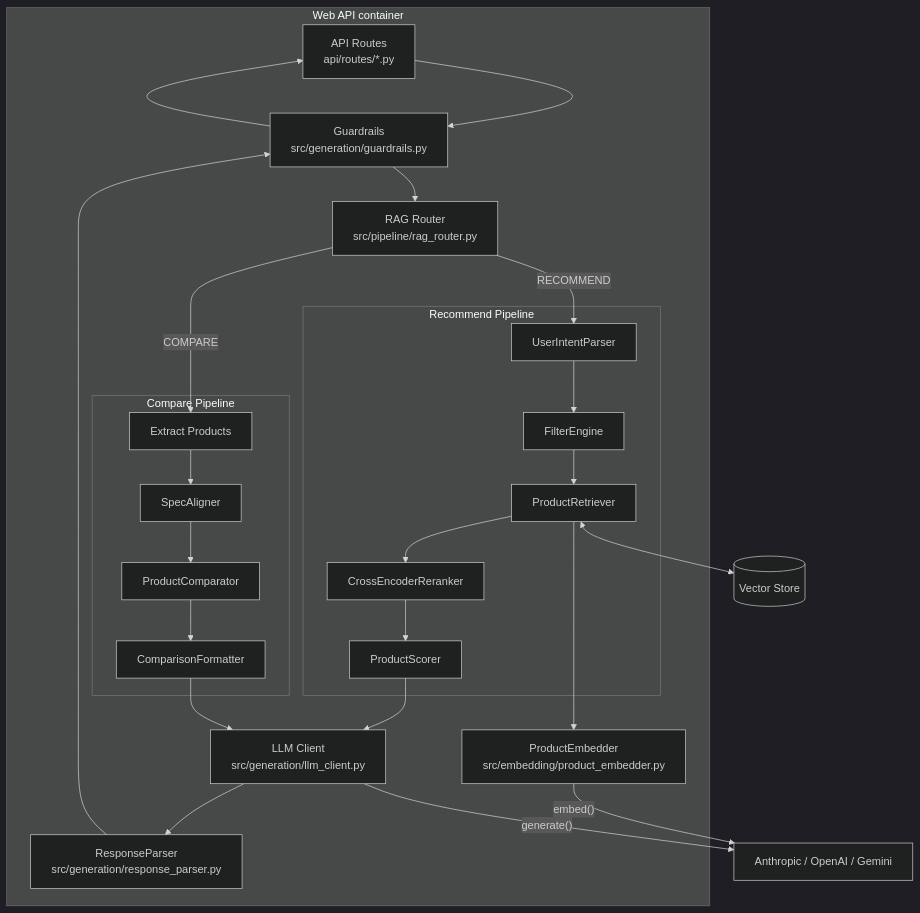
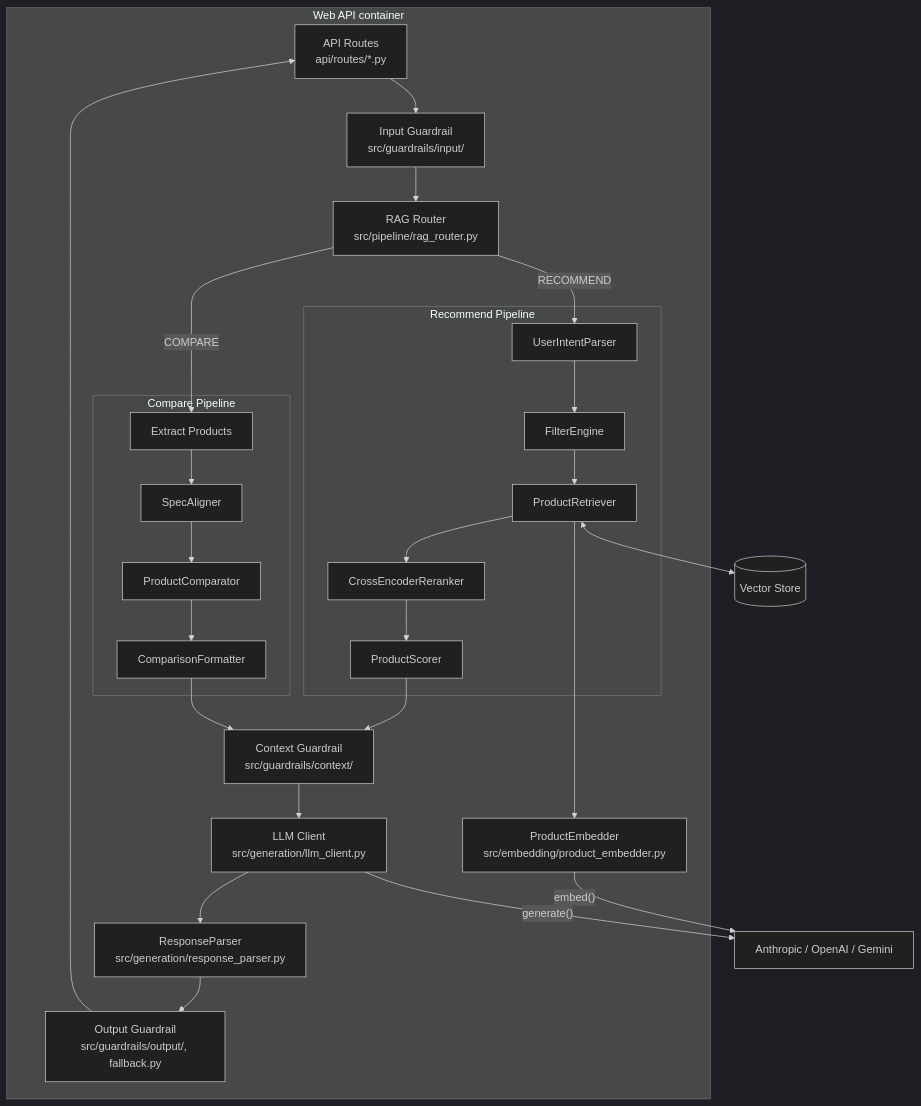
Before and after one commit to nxhawk/techscout-rag-recommend: the third of 3 diagrams in docs/architecture/c4-model.md, drawn with Mermaid (dark theme). The commit also changed other lines of this file and 72 other files, not shown here.

````diff
--- a/docs/architecture/c4-model.md
+++ b/docs/architecture/c4-model.md
@@ -131,46 +131,49 @@
 ```mermaid
 flowchart TB
     subgraph API["Web API container"]
         Routes["API Routes\napi/routes/*.py"]
-        Guard["Guardrails\nsrc/generation/guardrails.py"]
+        GuardIn["Input Guardrail\nsrc/guardrails/input/"]
         Router["RAG Router\nsrc/pipeline/rag_router.py"]
 
         subgraph Rec["Recommend Pipeline"]
             IntentP["UserIntentParser"]
             FilterE["FilterEngine"]
             Retriever["ProductRetriever"]
             Reranker["CrossEncoderReranker"]
             Scorer["ProductScorer"]
         end
 
         subgraph Cmp["Compare Pipeline"]
             Extract["Extract Products"]
             Aligner["SpecAligner"]
             Comparator["ProductComparator"]
             Formatter["ComparisonFormatter"]
         end
 
+        GuardCtx["Context Guardrail\nsrc/guardrails/context/"]
         LLMClient["LLM Client\nsrc/generation/llm_client.py"]
         RespParser["ResponseParser\nsrc/generation/response_parser.py"]
+        GuardOut["Output Guardrail\nsrc/guardrails/output/, fallback.py"]
         Embedder["ProductEmbedder\nsrc/embedding/product_embedder.py"]
     end
 
     VDB[("Vector Store")]
     Providers["Anthropic / OpenAI / Gemini"]
 
-    Routes --> Guard --> Router
+    Routes --> GuardIn --> Router
     Router -->|RECOMMEND| IntentP --> FilterE --> Retriever
     Retriever --> Reranker --> Scorer
     Router -->|COMPARE| Extract --> Aligner --> Comparator --> Formatter
 
     Retriever <--> VDB
     Retriever --> Embedder
     Embedder -- "embed()" --> Providers
 
-    Scorer --> LLMClient
-    Formatter --> LLMClient
+    Scorer --> GuardCtx
+    Formatter --> GuardCtx
+    GuardCtx --> LLMClient
     LLMClient -- "generate()" --> Providers
     LLMClient --> RespParser
-    RespParser --> Guard
-    Guard --> Routes
+    RespParser --> GuardOut
+    GuardOut --> Routes
 ```
````
